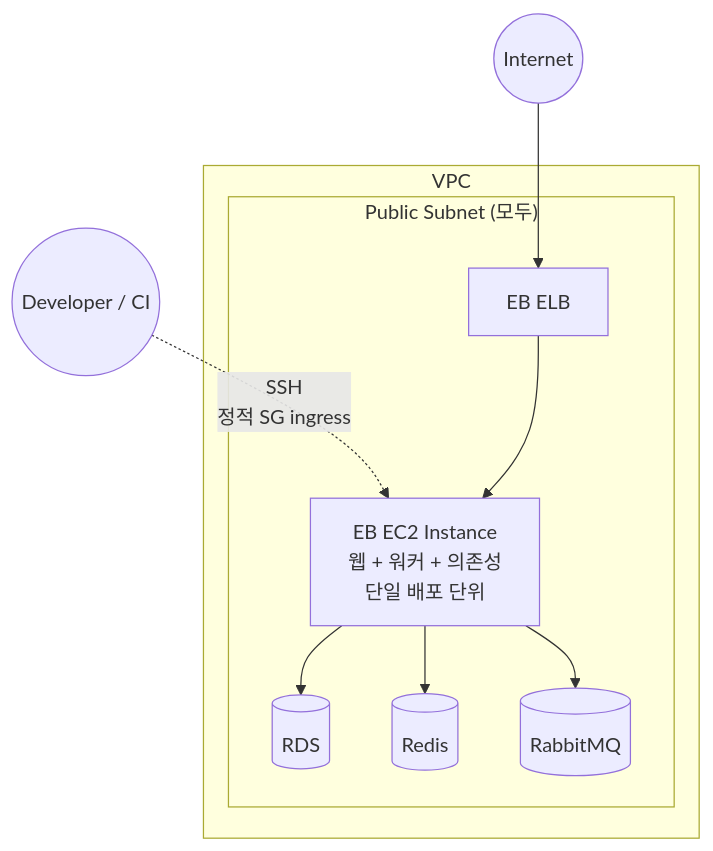
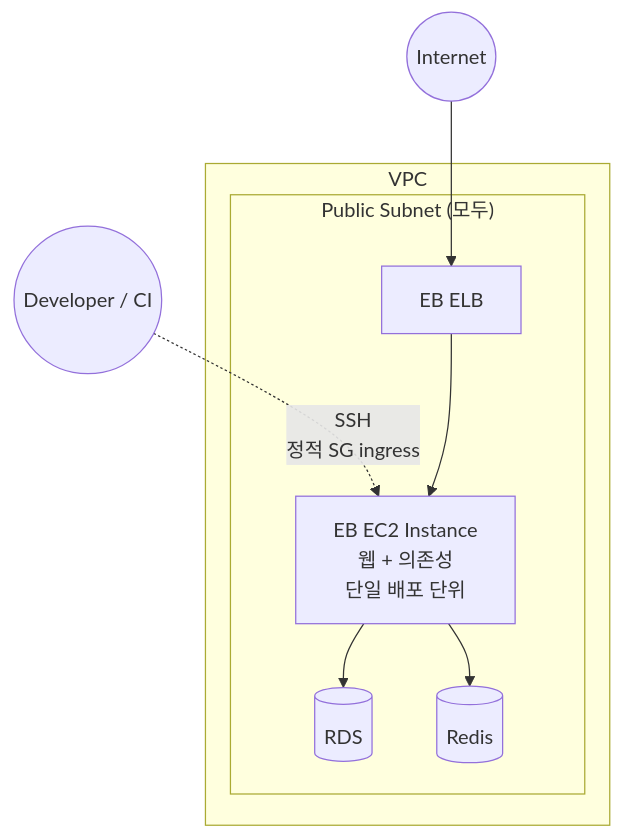
One commit to texasroh/texasroh.github.io changed the fifth of 6 diagrams in _portfolio/portfolio.md. Above: the diagram before and after it, drawn with Mermaid. The commit also changed other lines of this file, not shown here.

````diff
--- a/_portfolio/portfolio.md
+++ b/_portfolio/portfolio.md
@@ -214,18 +214,16 @@
 ```mermaid
 flowchart TB
     Internet_b((Internet)) --> ELB["EB ELB"]
     Dev_b((Developer / CI)) -.->|"SSH<br/>정적 SG ingress"| EBInst
     subgraph VPC_b ["VPC"]
         subgraph Pub_b ["Public Subnet (모두)"]
             ELB
-            EBInst["EB EC2 Instance<br/>웹 + 워커 + 의존성<br/>단일 배포 단위"]
+            EBInst["EB EC2 Instance<br/>웹 + 의존성<br/>단일 배포 단위"]
             RDS_b[(RDS)]
             Redis_b[(Redis)]
-            MQ_b[("RabbitMQ")]
         end
     end
     ELB --> EBInst
     EBInst --> RDS_b
     EBInst --> Redis_b
-    EBInst --> MQ_b
 ```
````
